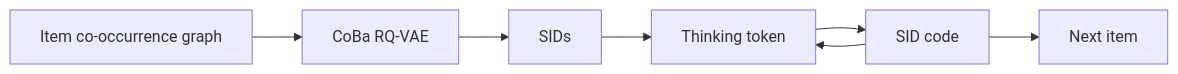
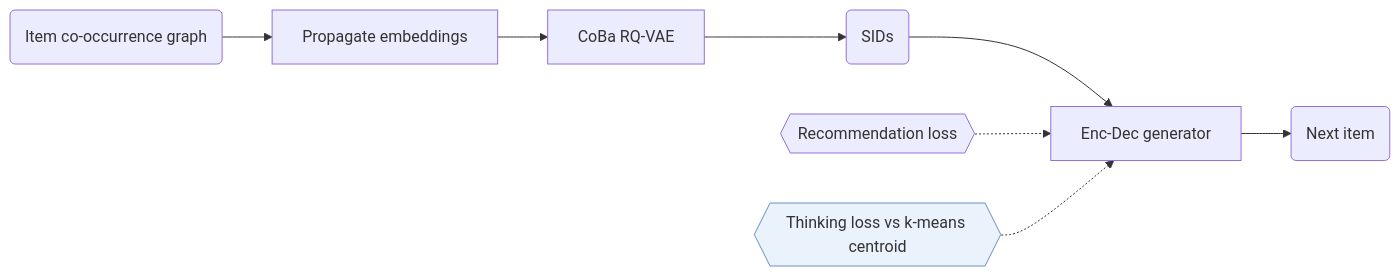
One commit to Galaxy-ghost/Awesome-SID-Generative-Rec changed the first of 2 diagrams in notes/s2gr.md. Above: the diagram before and after it, drawn with Mermaid. The commit also changed other lines of this file and 521 other files, not shown here.

Commit message:
writer-04 part 3: algorithm diagrams with shared shape conventions, README hero and paper cards, archive removed

````diff
--- a/notes/s2gr.md
+++ b/notes/s2gr.md
@@ -11,9 +11,11 @@
 ```mermaid
 flowchart LR
-    A[Item co-occurrence graph] --> B[CoBa RQ-VAE]
-    B --> C[SIDs]
-    C --> D[Thinking token]
-    D --> E[SID code]
-    E --> D
-    E --> F[Next item]
+    A("Item co-occurrence graph") --> B["Propagate embeddings"]
+    B --> C["CoBa RQ-VAE"]
+    C --> D("SIDs")
+    D --> E["Enc-Dec generator"]
+    L1{{"Recommendation loss"}} -.-> E
+    L2{{"Thinking loss vs k-means centroid"}}:::key -.-> E
+    E --> F("Next item")
+    classDef key fill:#eaf2fb,stroke:#6b8fc7
 ```
````
